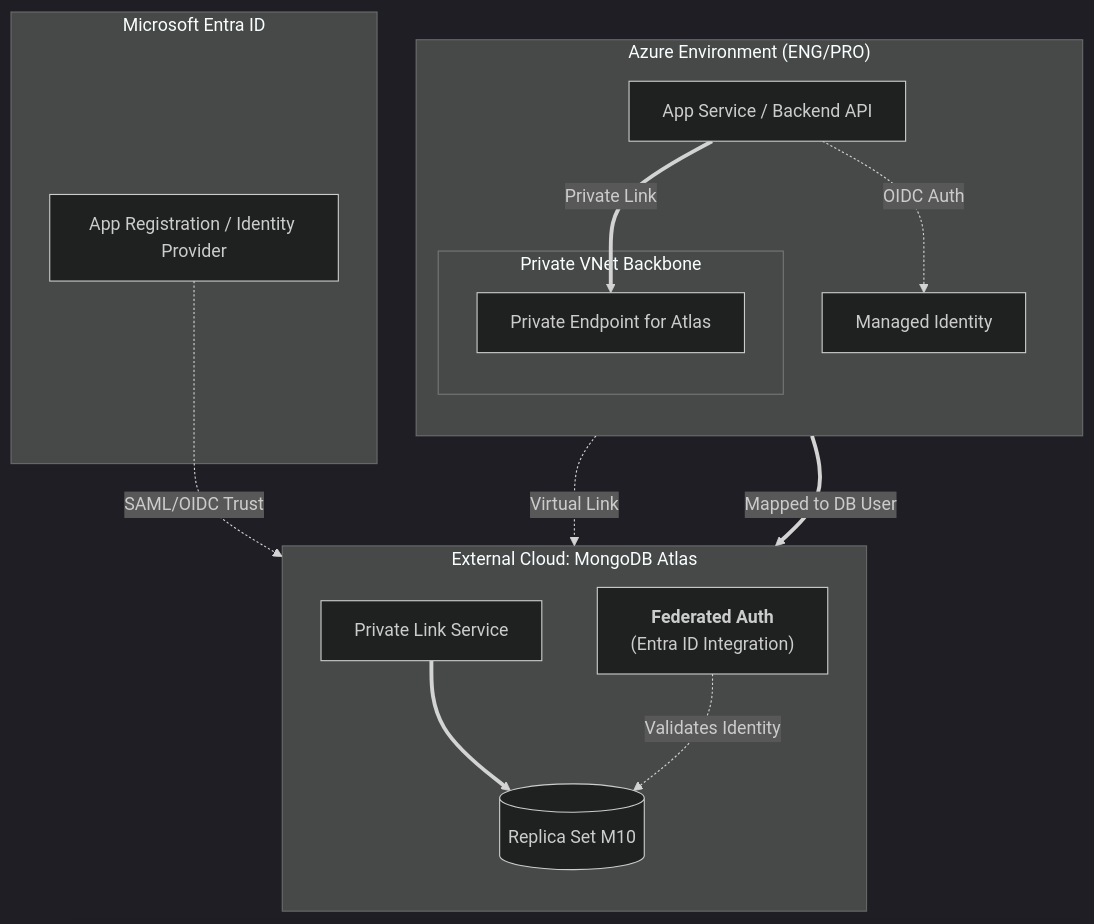
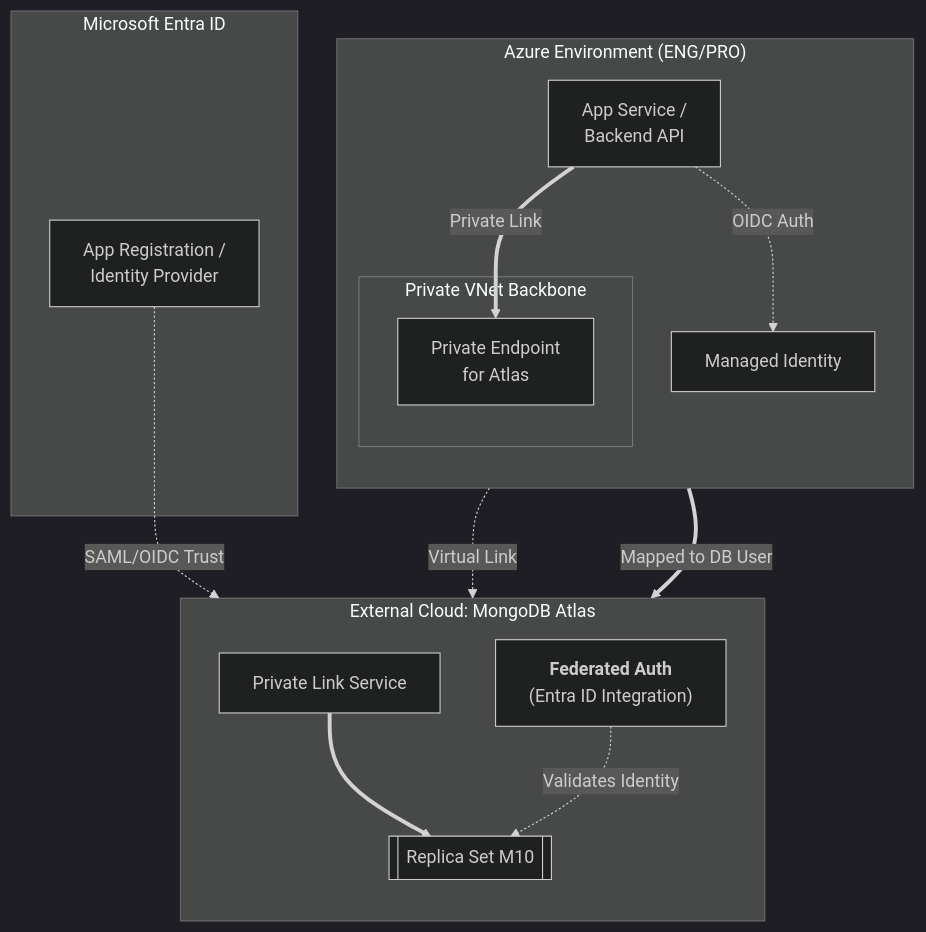
The third of 4 diagrams in docs/341-DATABASE_ARCHITECTURE_AND_PERSISTENCE_STRATEGY.md (nubenetes/terraform-azure-devops-agentic), drawn with Mermaid (dark theme) before and after one commit. The commit also changed other lines of this file and 23 other files, not shown here.

Commit message:
docs: establish automated Mermaid validator and eliminate text clipping repo-wide

````diff
--- a/docs/341-DATABASE_ARCHITECTURE_AND_PERSISTENCE_STRATEGY.md
+++ b/docs/341-DATABASE_ARCHITECTURE_AND_PERSISTENCE_STRATEGY.md
@@ -122,28 +122,28 @@
 ```mermaid
 graph TD
     subgraph Azure_Subscription_Hardened ["Azure Environment (ENG/PRO)"]
         direction TB
-        App_H["App Service / Backend API"]
-        PE_A["Private Endpoint for Atlas"]
+        App_H["App Service /<br/>Backend API"]
+        PE_A["Private Endpoint<br/>for Atlas"]
         MSI_A["Managed Identity"]
         subgraph VNet_Backbone_H ["Private VNet Backbone"]
             PE_A
         end
         App_H ==> |Private Link|PE_A
         App_H -.->|OIDC Auth| MSI_A
     end
     subgraph Atlas_Cloud_Sovereign ["External Cloud: MongoDB Atlas"]
         direction TB
         PL["Private Link Service"]
-        DB_H[("Replica Set M10")]
+        DB_H[["Replica Set M10"]]
         IAM_F["<b>Federated Auth</b><br/>(Entra ID Integration)"]
         PL ==> DB_H
         IAM_F -.->|Validates Identity| DB_H
     end
     PE_A -.->|Virtual Link| PL
     MSI_A ==> |Mapped to DB User|IAM_F
     subgraph Entra_ID ["Microsoft Entra ID"]
-        IDP["App Registration / Identity Provider"]
+        IDP["App Registration /<br/>Identity Provider"]
     end
     IDP -.->|SAML/OIDC Trust| IAM_F
 ```
````
